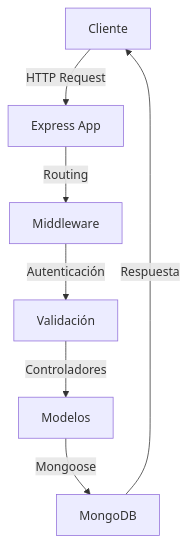
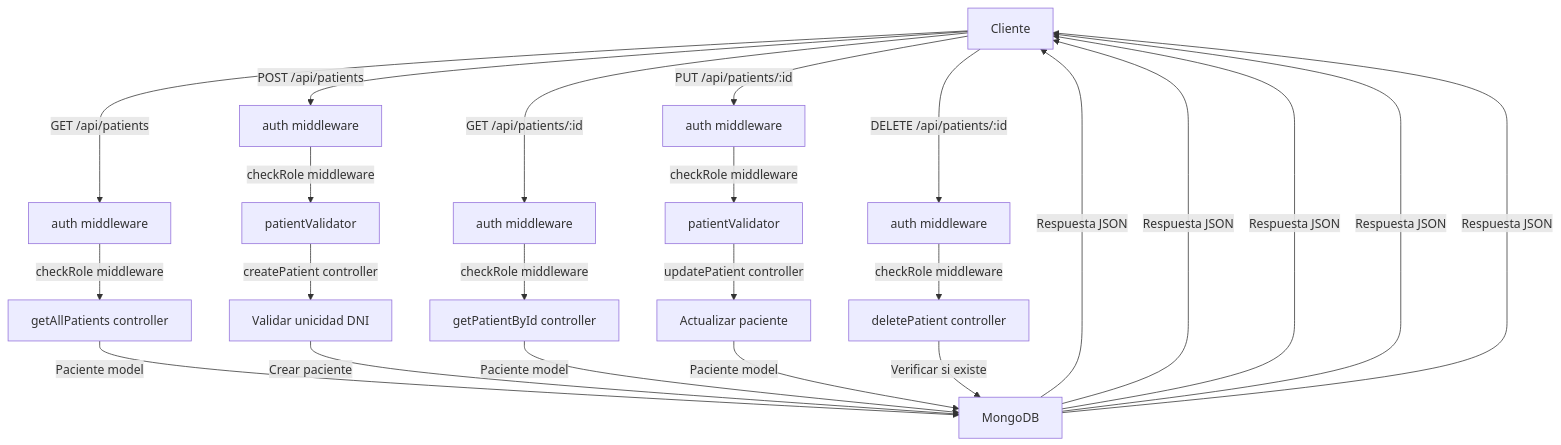
One commit to antonellaaarojas/usuarios changed the diagram in README.md. Above: the diagram before and after it, drawn with Mermaid.

````diff
--- a/README.md
+++ b/README.md
@@ -1,9 +1,29 @@
 ```mermaid
 graph TD
-    A[Cliente] -->|HTTP Request| B[Express App]
-    B -->|Routing| C[Middleware]
-    C -->|Autenticación| D[Validación]
-    D -->|Controladores| E[Modelos]
-    E -->|Mongoose| F[MongoDB]
-    F -->|Respuesta| A
+    A[Cliente] -->|GET /api/patients| B[auth middleware]
+    B -->|checkRole middleware| C[getAllPatients controller]
+    C -->|Paciente model| D[MongoDB]
+    D -->|Respuesta JSON| A
+
+    A -->|POST /api/patients| E[auth middleware]
+    E -->|checkRole middleware| F[patientValidator]
+    F -->|createPatient controller| G[Validar unicidad DNI]
+    G -->|Crear paciente| D
+    D -->|Respuesta JSON| A
+
+    A -->|GET /api/patients/:id| H[auth middleware]
+    H -->|checkRole middleware| I[getPatientById controller]
+    I -->|Paciente model| D
+    D -->|Respuesta JSON| A
+
+    A -->|PUT /api/patients/:id| J[auth middleware]
+    J -->|checkRole middleware| K[patientValidator]
+    K -->|updatePatient controller| L[Actualizar paciente]
+    L -->|Paciente model| D
+    D -->|Respuesta JSON| A
+
+    A -->|DELETE /api/patients/:id| M[auth middleware]
+    M -->|checkRole middleware| N[deletePatient controller]
+    N -->|Verificar si existe| D
+    D -->|Respuesta JSON| A
 ```
````
